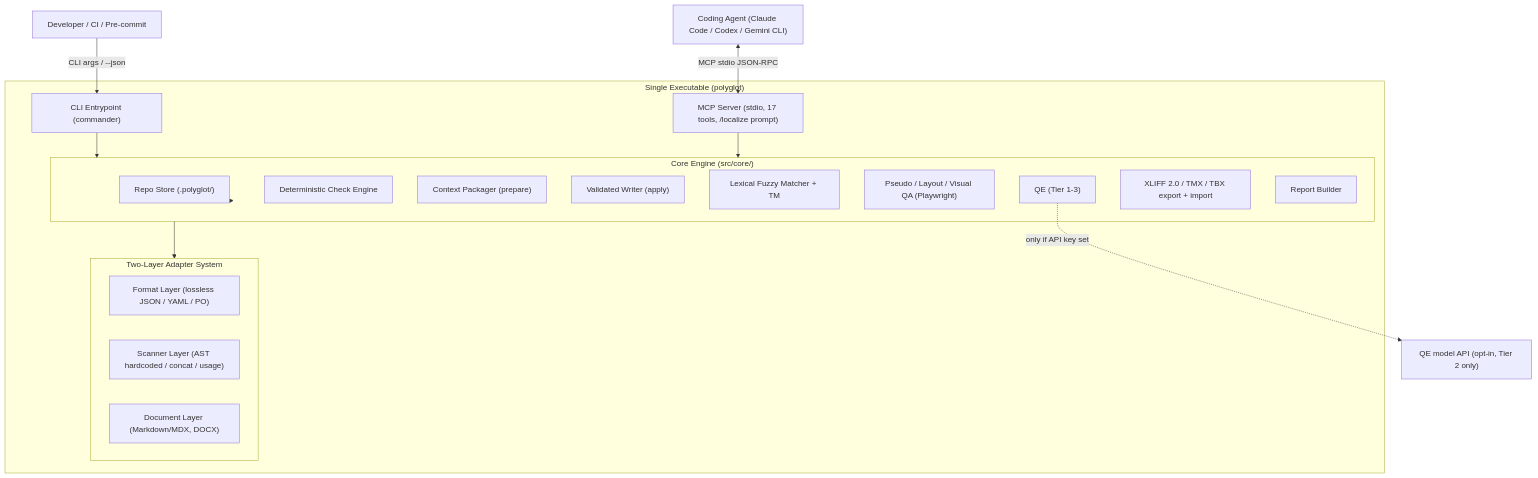
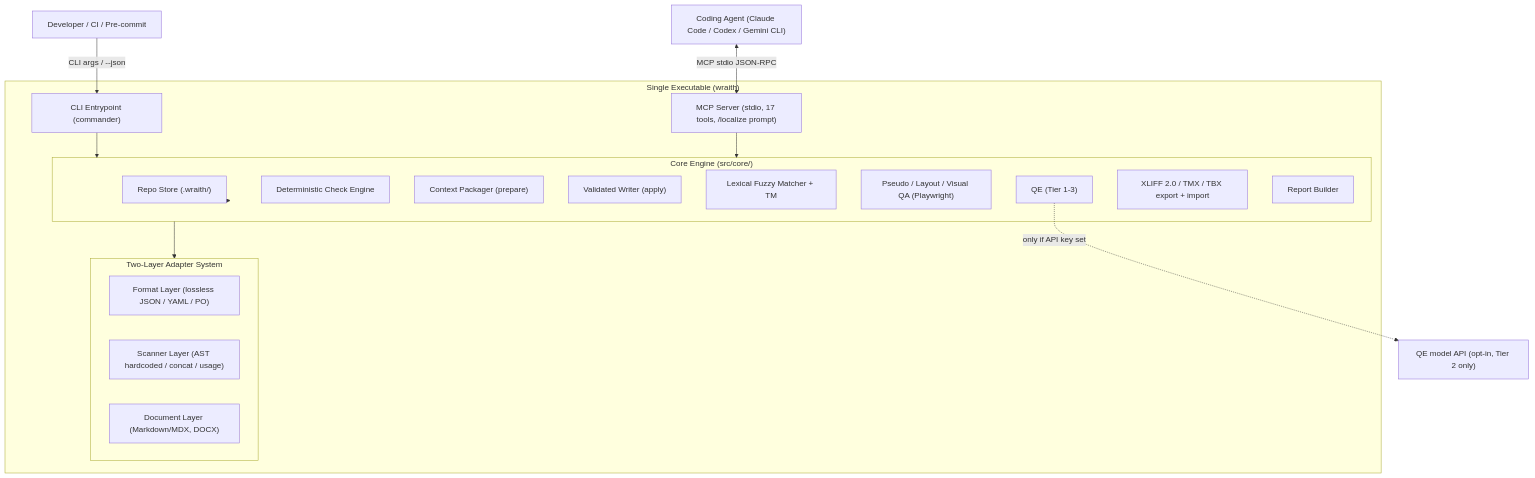
One commit to Colton-Cogg-1999/WraithMCP changed the second of 2 diagrams in docs/ARCHITECTURE.md. Above: the diagram before and after it, drawn with Mermaid. The commit also changed other lines of this file and 114 other files, not shown here.

First line of the commit message:
Rename Polyglot -> Wraith everywhere

````diff
--- a/docs/ARCHITECTURE.md
+++ b/docs/ARCHITECTURE.md
@@ -78,35 +78,35 @@
 ```mermaid
 flowchart TD
     Agent["Coding Agent (Claude Code / Codex / Gemini CLI)"]
     Human["Developer / CI / Pre-commit"]
 
-    subgraph Binary["Single Executable (polyglot)"]
+    subgraph Binary["Single Executable (wraith)"]
         CLI["CLI Entrypoint (commander)"]
         MCP["MCP Server (stdio, 17 tools, /localize prompt)"]
         subgraph Core["Core Engine (src/core/)"]
-            Store["Repo Store (.polyglot/)"]
+            Store["Repo Store (.wraith/)"]
             Check["Deterministic Check Engine"]
             Prepare["Context Packager (prepare)"]
             Apply["Validated Writer (apply)"]
             Fuzzy["Lexical Fuzzy Matcher + TM"]
             Layout["Pseudo / Layout / Visual QA (Playwright)"]
             QEng["QE (Tier 1-3)"]
             TMSio["XLIFF 2.0 / TMX / TBX export + import"]
             Report["Report Builder"]
         end
         subgraph Adapters["Two-Layer Adapter System"]
             Format["Format Layer (lossless JSON / YAML / PO)"]
             Scanner["Scanner Layer (AST hardcoded / concat / usage)"]
             Docs["Document Layer (Markdown/MDX, DOCX)"]
         end
     end
     QEModel["QE model API (opt-in, Tier 2 only)"]
 
     Agent <-->|"MCP stdio JSON-RPC"| MCP
     Human -->|"CLI args / --json"| CLI
     CLI --> Core
     MCP --> Core
     Core --> Store
     Core --> Adapters
     QEng -.->|"only if API key set"| QEModel
 ```
````
